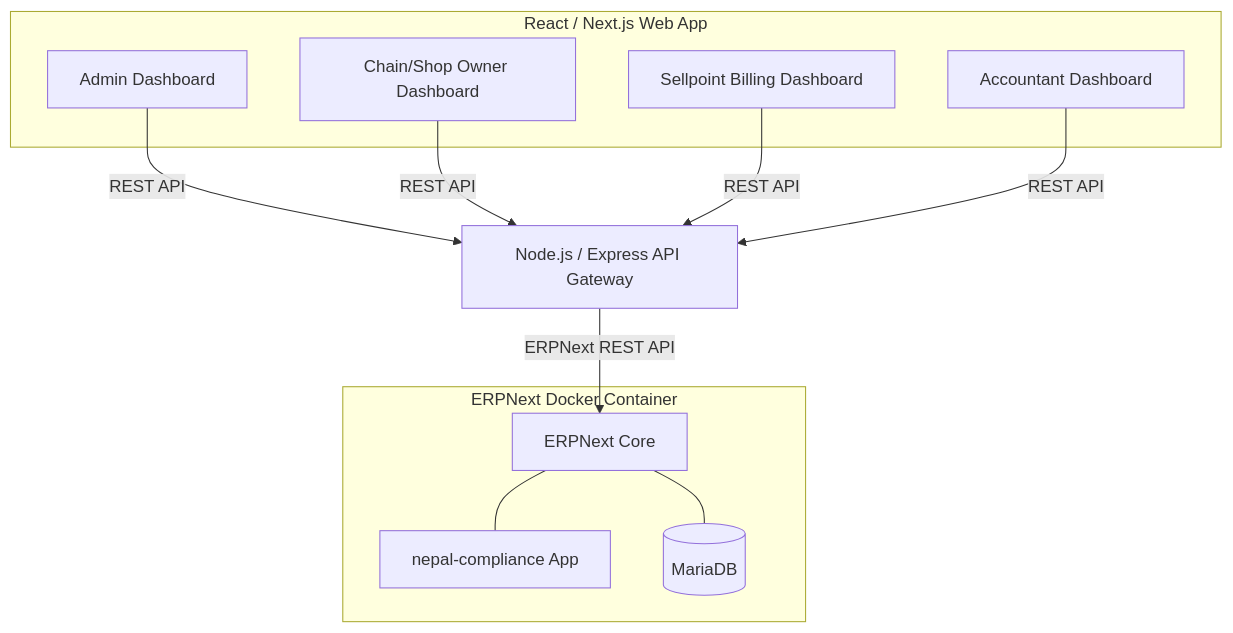
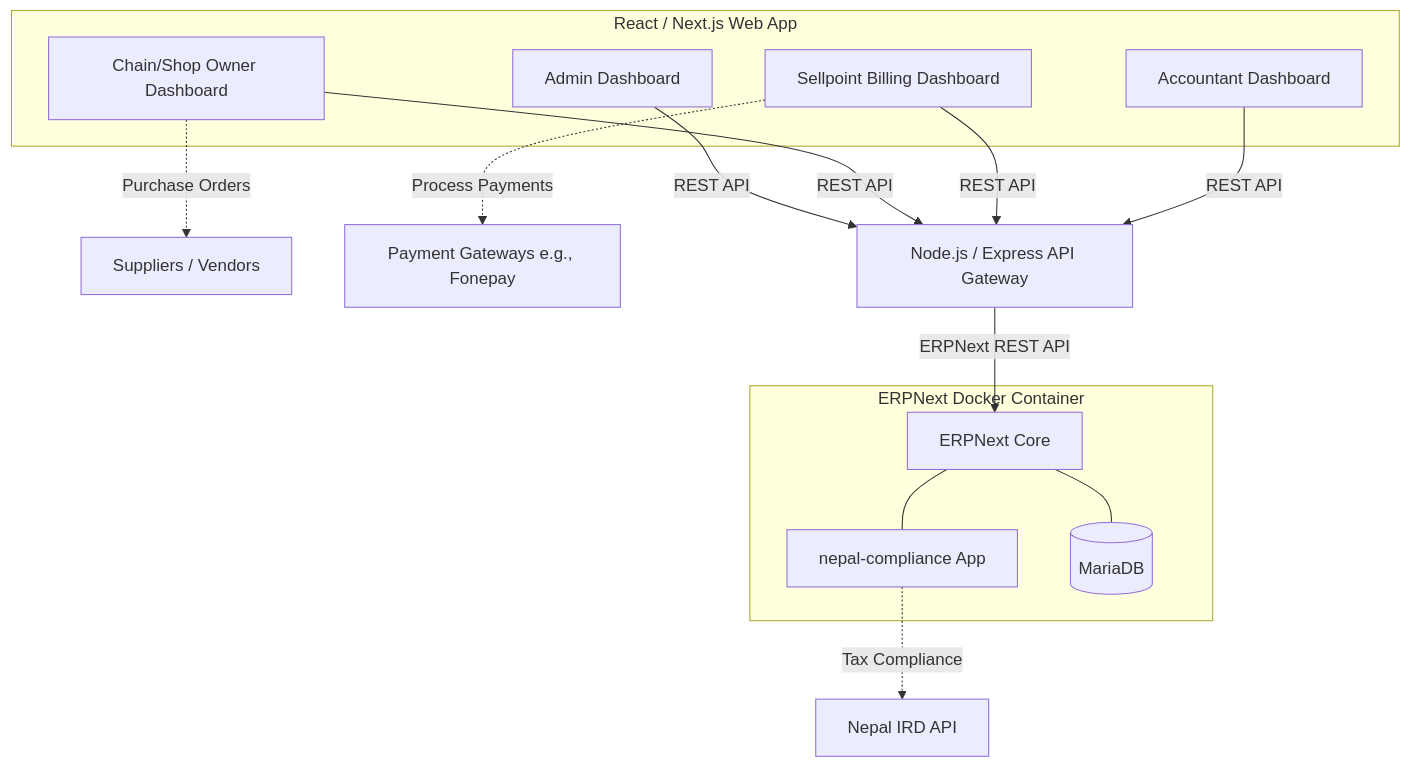
One commit to nayan100/Dukaan changed the diagram in Documentation/Architecture/System-Context.md. Above: the diagram before and after it, drawn with Mermaid. The commit also changed 8 other files, not shown here.

Commit message:
docs: add persona responsibilities and detailed flow diagrams

````diff
--- a/Documentation/Architecture/System-Context.md
+++ b/Documentation/Architecture/System-Context.md
@@ -10,31 +10,41 @@
 ```mermaid
 graph TD
+    %% External Entities
+    Suppliers[Suppliers / Vendors]
+    PaymentGateway[Payment Gateways e.g., Fonepay]
+    IRD[Nepal IRD API]
+
     %% Frontend Dashboards
     subgraph Custom Frontend [React / Next.js Web App]
         Admin[Admin Dashboard]
         Owner[Chain/Shop Owner Dashboard]
         Billing[Sellpoint Billing Dashboard]
         Accountant[Accountant Dashboard]
     end
 
     %% API Gateway / Backend For Frontend
     API[Node.js / Express API Gateway]
 
     %% Core ERP Engine
     subgraph Headless Backend [ERPNext Docker Container]
         ERP[ERPNext Core]
         NepalApp[nepal-compliance App]
         MariaDB[(MariaDB)]
         
         ERP --- MariaDB
         ERP --- NepalApp
     end
 
     %% Connections
     Admin -->|REST API| API
     Owner -->|REST API| API
     Billing -->|REST API| API
     Accountant -->|REST API| API
     
     API -->|ERPNext REST API| ERP
+
+    %% External Connections
+    Owner -.->|Purchase Orders| Suppliers
+    Billing -.->|Process Payments| PaymentGateway
+    NepalApp -.->|Tax Compliance| IRD
 ```
````
